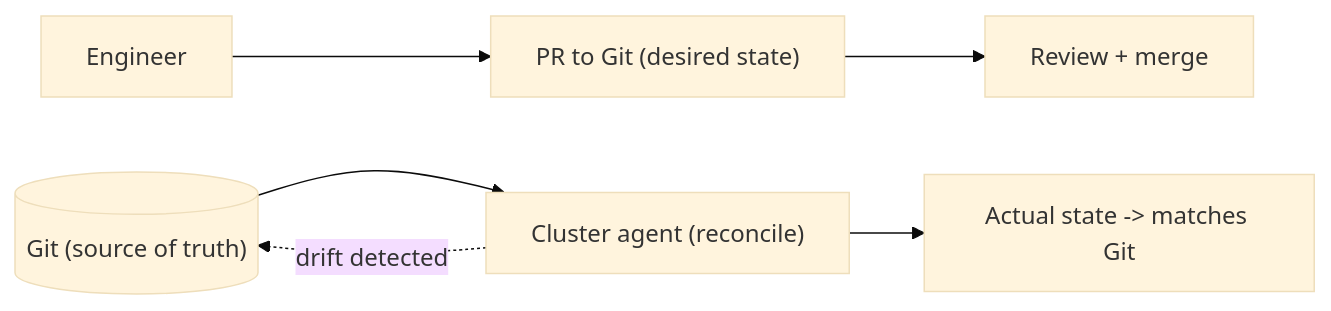
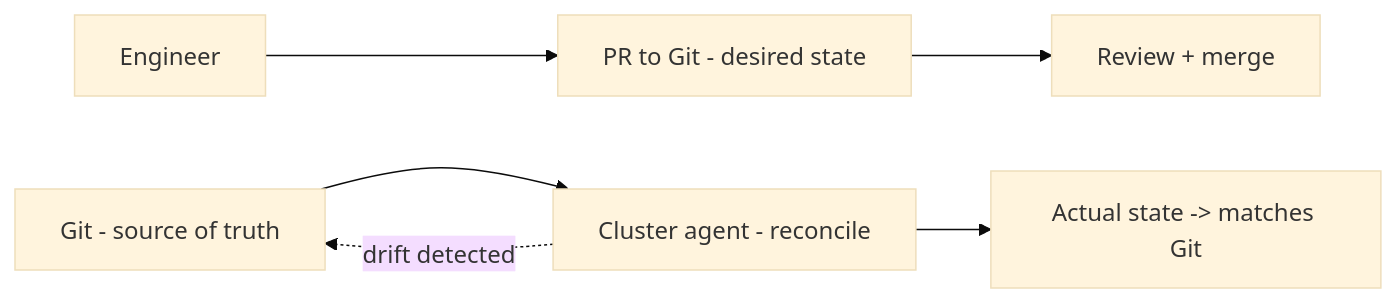
The diagram in docs/09-cloud-platform/04-iac-immutable-gitops.md (RIT-MESH/system-design-mastery), drawn with Mermaid (base theme) before and after one commit. The commit also changed 139 other files, not shown here.

First line of the commit message:
Fix Mermaid parse errors: replace parentheses in node labels across 140 files

````diff
--- a/docs/09-cloud-platform/04-iac-immutable-gitops.md
+++ b/docs/09-cloud-platform/04-iac-immutable-gitops.md
@@ -29,9 +29,9 @@
 ```mermaid
 %% created-for: system-design-mastery
 flowchart LR
-  Dev["Engineer"] --> PR["PR to Git (desired state)"]
+  Dev["Engineer"] --> PR["PR to Git - desired state"]
   PR --> Review["Review + merge"]
-  Git[("Git (source of truth)")] --> Agent["Cluster agent (reconcile)"]
+  Git["Git - source of truth"] --> Agent["Cluster agent - reconcile"]
   Agent --> Cluster["Actual state -> matches Git"]
   Agent -.drift detected.-> Git
 ```
````
